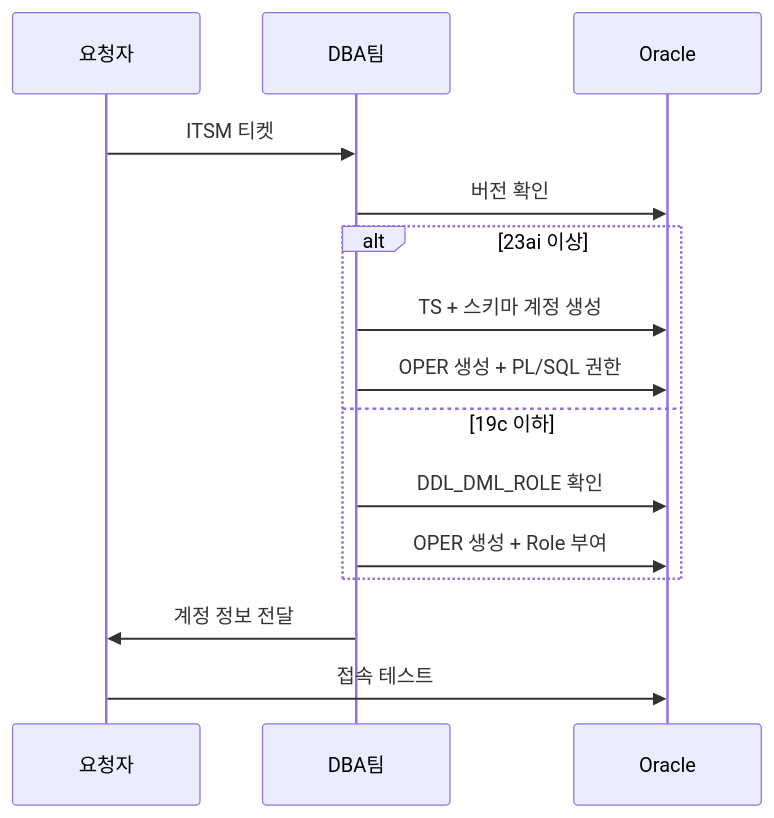
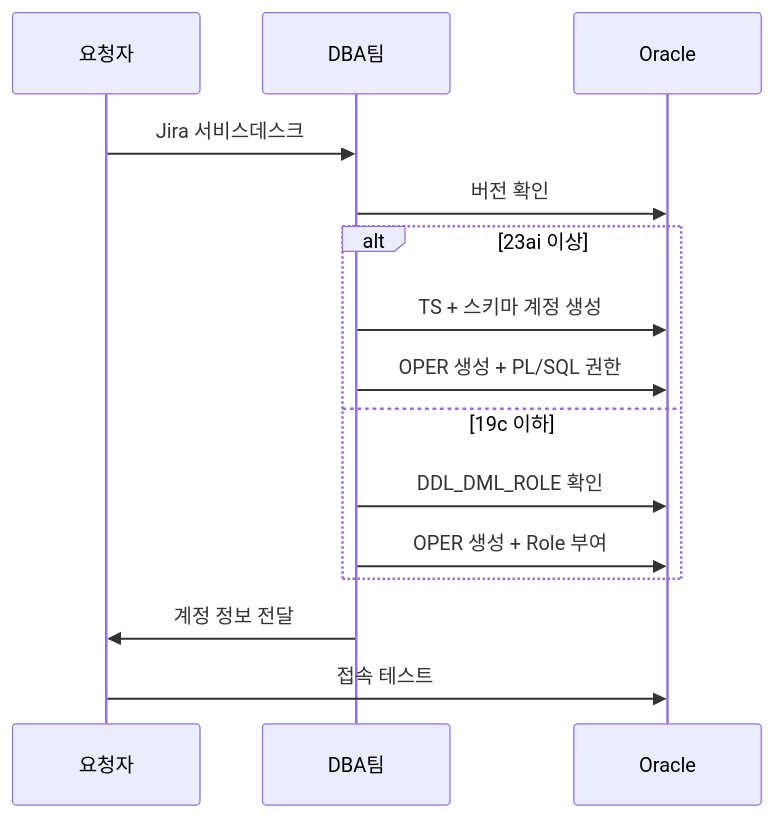
Before and after one commit to sung-young-fnf/database_policy: the diagram in database/RDBMS/runbooks/Oracle DB 계정 생성 런북.md, drawn with Mermaid. The commit also changed other lines of this file and 12 other files, not shown here.

First line of the commit message:
Refactor: Database Platform Index 신설 + ITSM→Jira 변경 + developer_ 네이밍 추가

````diff
--- a/database/RDBMS/runbooks/Oracle DB 계정 생성 런북.md
+++ b/database/RDBMS/runbooks/Oracle DB 계정 생성 런북.md
@@ -51,18 +51,18 @@
 ```mermaid
 sequenceDiagram
     participant Req as 요청자
     participant DBA as DBA팀
     participant ORA as Oracle
 
-    Req->>DBA: ITSM 티켓
+    Req->>DBA: Jira 서비스데스크
     DBA->>ORA: 버전 확인
     alt 23ai 이상
         DBA->>ORA: TS + 스키마 계정 생성
         DBA->>ORA: OPER 생성 + PL/SQL 권한
     else 19c 이하
         DBA->>ORA: DDL_DML_ROLE 확인
         DBA->>ORA: OPER 생성 + Role 부여
     end
     DBA->>Req: 계정 정보 전달
     Req->>ORA: 접속 테스트
 ```
````
